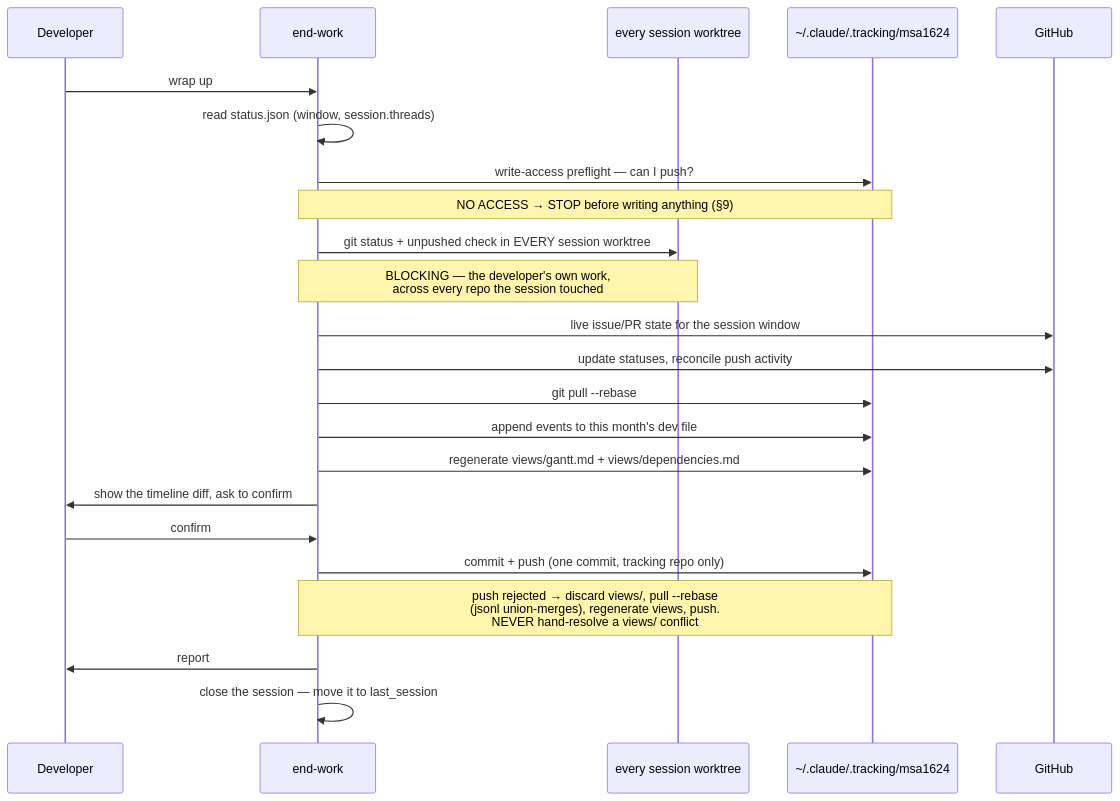
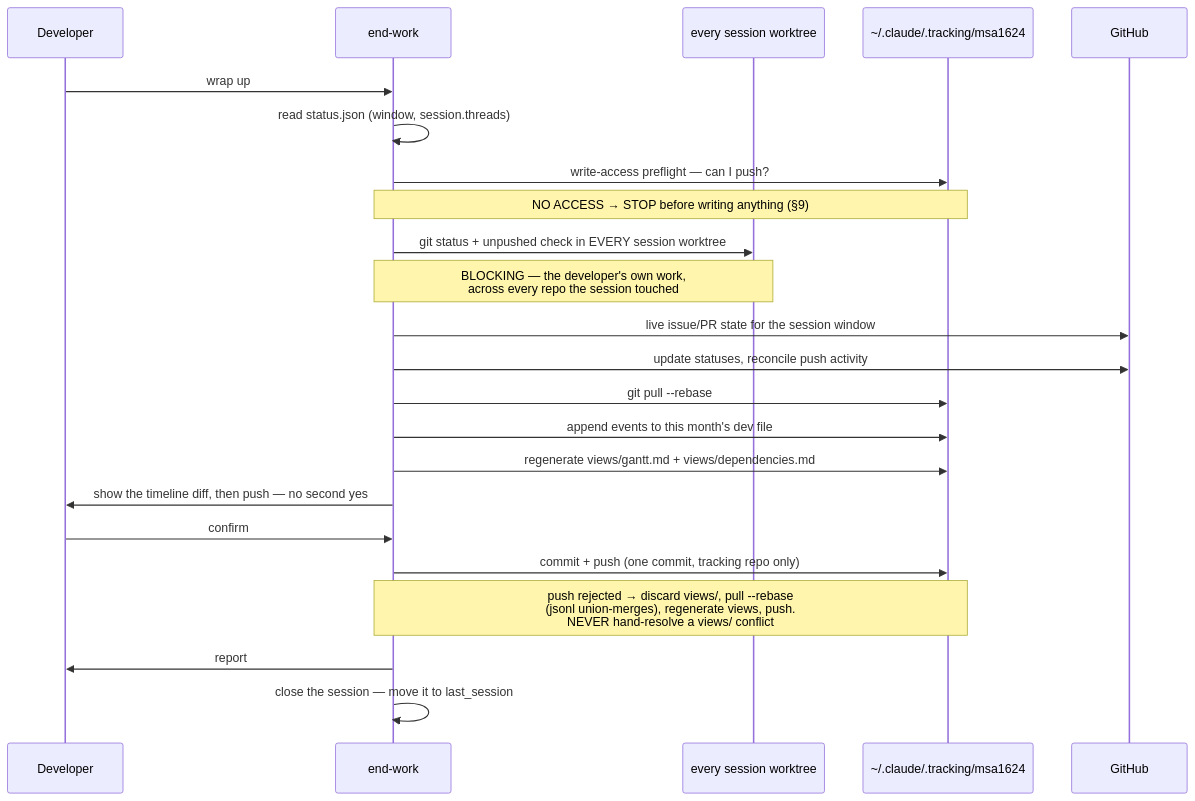
Before and after one commit to alimohammed1624/skills: the sixth of 8 diagrams in docs/target-workflow.md, drawn with Mermaid. The commit also changed other lines of this file and 11 other files, not shown here.

````diff
--- a/docs/target-workflow.md
+++ b/docs/target-workflow.md
@@ -483,26 +540,26 @@
 ```mermaid
 sequenceDiagram
     participant D as Developer
     participant S as end-work
     participant P as every session worktree
     participant T as ~/.claude/.tracking/msa1624
     participant G as GitHub
 
     D->>S: wrap up
     S->>S: read status.json (window, session.threads)
     S->>T: write-access preflight — can I push?
     Note over S,T: NO ACCESS → STOP before writing anything (§9)
     S->>P: git status + unpushed check in EVERY session worktree
     Note over S,P: BLOCKING — the developer's own work,<br/>across every repo the session touched
     S->>G: live issue/PR state for the session window
     S->>G: update statuses, reconcile push activity
     S->>T: git pull --rebase
     S->>T: append events to this month's dev file
     S->>T: regenerate views/gantt.md + views/dependencies.md
-    S->>D: show the timeline diff, ask to confirm
+    S->>D: show the timeline diff, then push — no second yes
     D->>S: confirm
     S->>T: commit + push (one commit, tracking repo only)
     Note over S,T: push rejected → discard views/, pull --rebase<br/>(jsonl union-merges), regenerate views, push.<br/>NEVER hand-resolve a views/ conflict
     S->>D: report
     S->>S: close the session — move it to last_session
 ```
````
